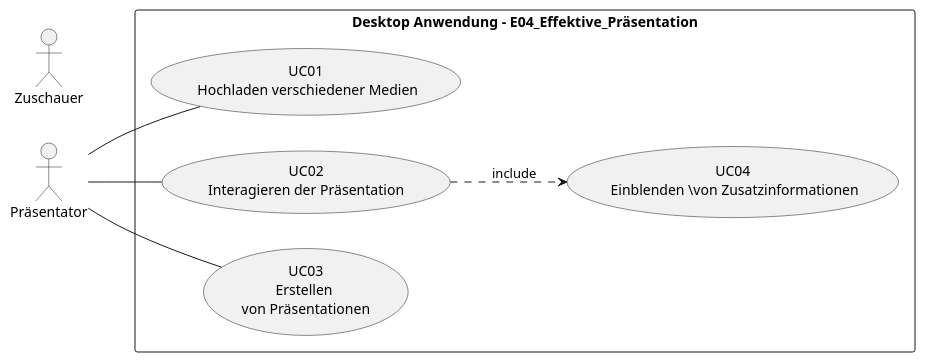
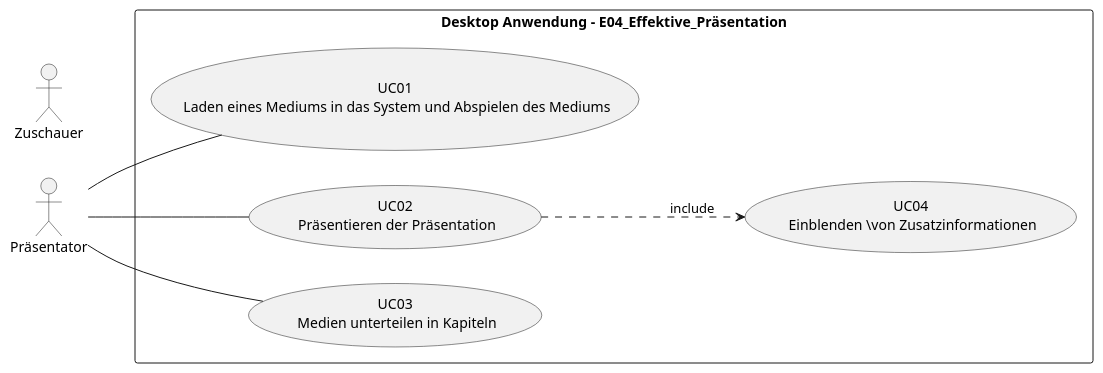
Before and after one commit to Dirkforthree/project04private: the diagram in docs/requirements/plantuml/use_case_diagram.puml, drawn with PlantUML. The commit also changed 3 other files, not shown here.

Commit message:
use-case_diagram, use_case_01 edited. use-case_model, use_case_02 minor changes

```diff
--- a/docs/requirements/plantuml/use_case_diagram.puml
+++ b/docs/requirements/plantuml/use_case_diagram.puml
@@ -1,28 +1,28 @@
 @startuml use_case_diagram
 left to right direction
 
 ' skin parameters for usecase with special stereotype
 skinparam usecase<<unspezifiziert>> {
   BackgroundColor #eee
   BorderColor #gray
   StereotypeFontColor #gray
   StereotypeFontSize 10
 }
 
 actor Präsentator
 actor Zuschauer
 
 rectangle "Desktop Anwendung - E04_Effektive_Präsentation" {
-  usecase "UC01\n Hochladen verschiedener Medien" as uc01 
-  usecase "UC02\nInteragieren der Präsentation" as uc02
-  usecase "UC03\nErstellen \nvon Präsentationen" as uc03
+  usecase "UC01\n Laden eines Mediums in das System und Abspielen des Mediums" as uc01 
+  usecase "UC02\n Präsentieren der Präsentation" as uc02
+  usecase "UC03\n Medien unterteilen in Kapiteln" as uc03
   usecase "UC04\n Einblenden \von Zusatzinformationen" as uc04
 
 }
 
 Präsentator -- uc01
 Präsentator -- uc02
 Präsentator -- uc03
 uc02 .down.> uc04 : include
 
 @enduml
```
